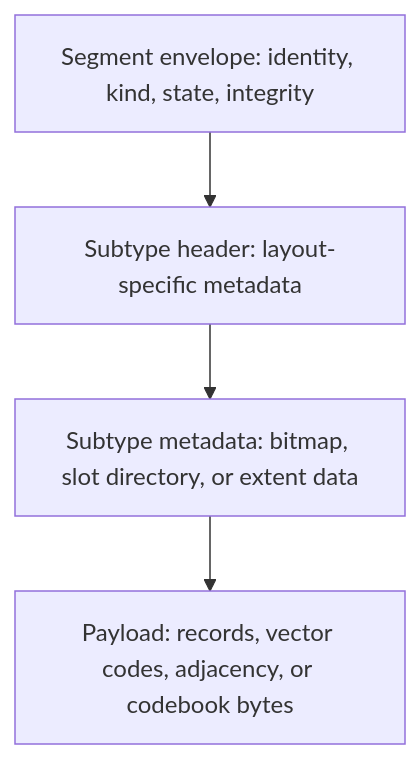
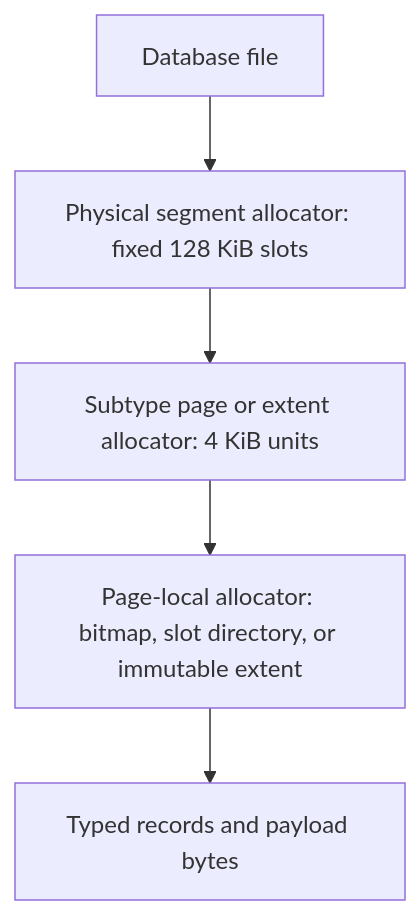
Before and after one commit to nexepic/zyx: the first of 3 diagrams in docs/apps/docs/content/docs/en/zyx/architecture/segment-storage-vnext.mdx, drawn with Mermaid. The commit also changed other lines of this file and 1 other file, not shown here.

Commit message:
Document segment storage migration plan

````diff
--- a/docs/apps/docs/content/docs/en/zyx/architecture/segment-storage-vnext.mdx
+++ b/docs/apps/docs/content/docs/en/zyx/architecture/segment-storage-vnext.mdx
@@ -40,10 +66,12 @@
 ```mermaid
 flowchart TB
-    A["Segment envelope: identity, kind, state, integrity"]
-    B["Subtype header: layout-specific metadata"]
-    C["Subtype metadata: bitmap, slot directory, or extent data"]
-    D["Payload: records, vector codes, adjacency, or codebook bytes"]
+    A["Database file"]
+    B["Physical segment allocator: fixed 128 KiB slots"]
+    C["Subtype page or extent allocator: 4 KiB units"]
+    D["Page-local allocator: bitmap, slot directory, or immutable extent"]
+    E["Typed records and payload bytes"]
     A --> B
     B --> C
     C --> D
+    D --> E
 ```
````
